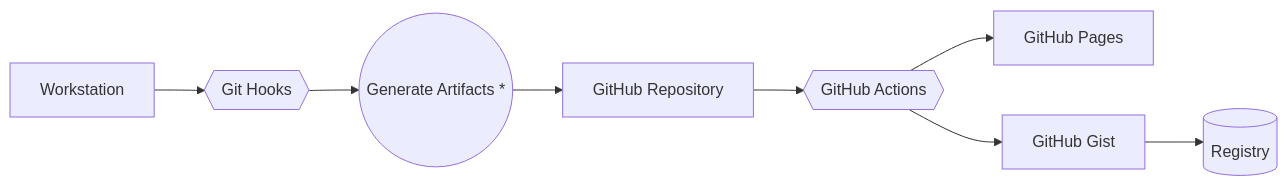
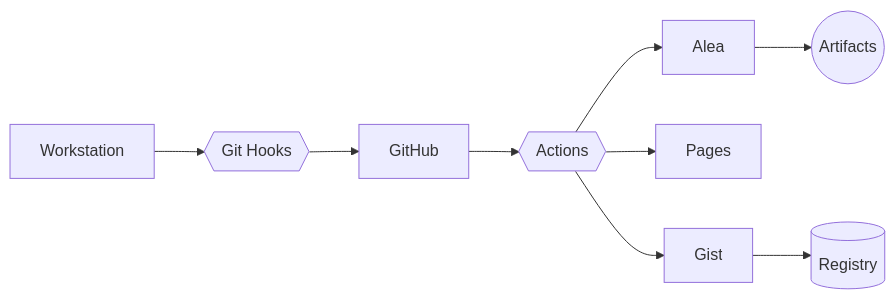
Before and after one commit to weshenderson/weshenderson.github.io: the diagram in README.md, drawn with Mermaid. The commit also changed other lines of this file and 4 other files, not shown here.

Commit message:
Adjusting workflow for GitHub Actions.

````diff
--- a/README.md
+++ b/README.md
@@ -11,15 +20,15 @@
 ```mermaid
 flowchart LR
     A[Workstation] --> B{{Git Hooks}}
 
-    B --> D((Generate Artifacts *))
+    B --> C[GitHub]
 
-    D --> F[GitHub Repository]
+    C --> D{{Actions}}
 
-    F --> G{{GitHub Actions}}
+    D --> E[Alea]
+    D --> F[Pages]
+    D --> G[Gist]
 
-    G --> H[GitHub Pages]
-    G --> I[GitHub Gist]
-
-    I --> J[(Registry)]
+    E --> H((Artifacts))
+    G --> I[(Registry)]
 ```
````
